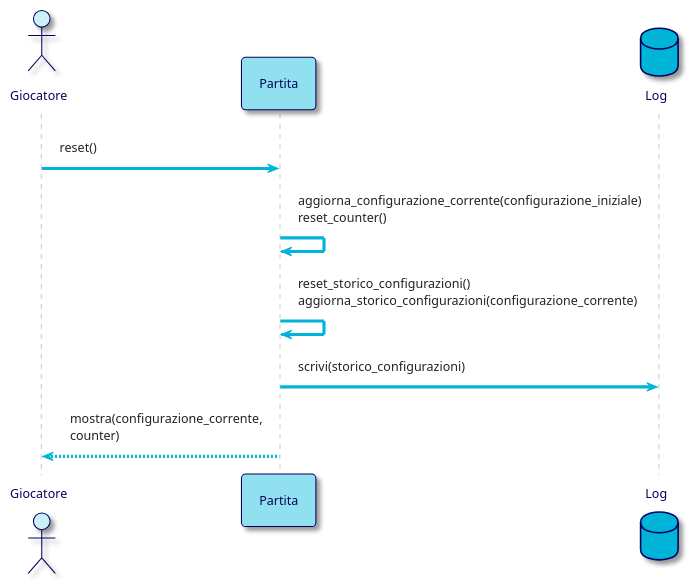
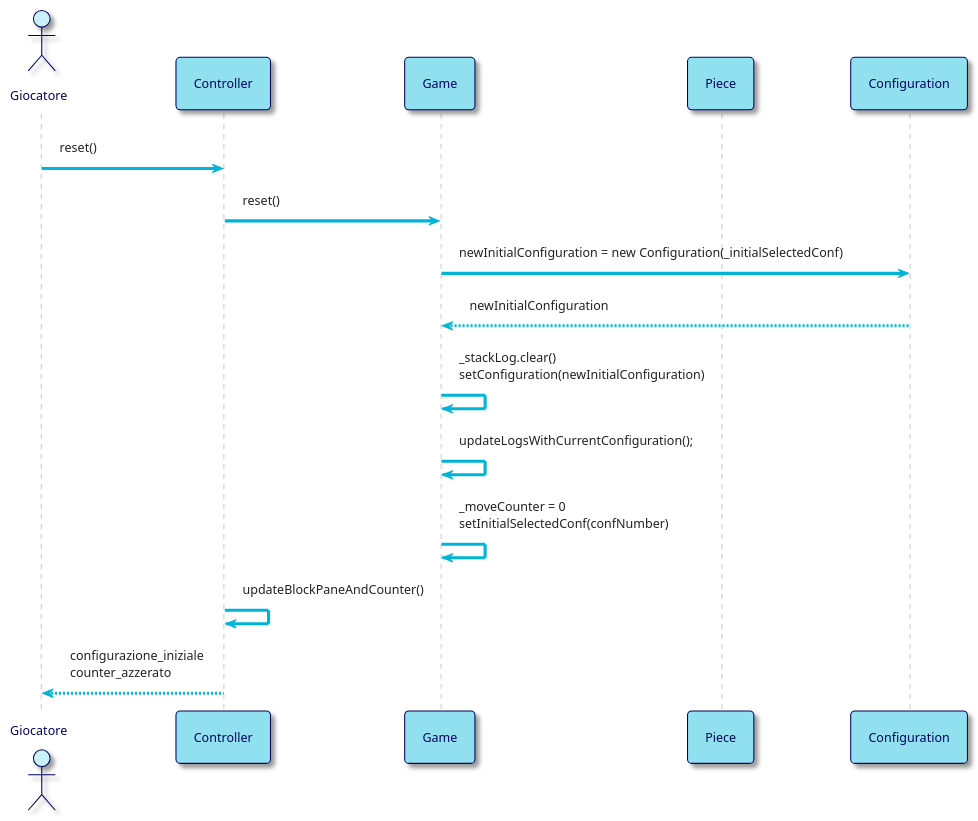
One commit to bellins14/klotski_gruppo2 changed the fifth of 6 diagrams in resources/Sequence_Diagrams.md. Above: the diagram before and after it, drawn with PlantUML. The commit also changed other lines of this file, not shown here.

````diff
--- a/resources/Sequence_Diagrams.md
+++ b/resources/Sequence_Diagrams.md
@@ -257,30 +257,35 @@
 ```plantuml
 @startuml
 !theme materia-outline
 
 skinparam ArrowColor #00B4D8
 skinparam ActorBorderColor #03045E
 skinparam ActorFontColor #03045E
 skinparam ActorBackgroundColor #CAF0F8
 skinparam ParticipantFontColor #03045E
 skinparam ParticipantBorderColor #03045E
 skinparam ParticipantBackgroundColor #90E0EF
 skinparam DatabaseBorderColor #03045E
 skinparam DatabaseBackgroundColor #00B4D8
 skinparam DatabaseFontColor #03045E
 skinparam BackgroundColor #FFFFFF
 
 actor Giocatore 
-participant Partita
-database Log
+participant Controller
+participant Game
+participant Piece
 
-Giocatore -> Partita: reset()
 
-Partita -> Partita: aggiorna_configurazione_corrente(configurazione_iniziale)\nreset_counter()
-Partita -> Partita: reset_storico_configurazioni() \naggiorna_storico_configurazioni(configurazione_corrente)
-Partita -> Log: scrivi(storico_configurazioni)
+Giocatore -> Controller: reset()
+Controller -> Game: reset()
 
-Partita --> Giocatore: mostra(configurazione_corrente,\ncounter)
+Game -> Configuration: newInitialConfiguration = new Configuration(_initialSelectedConf)
+Configuration --> Game: newInitialConfiguration
+Game -> Game: _stackLog.clear() \nsetConfiguration(newInitialConfiguration)
+Game -> Game: updateLogsWithCurrentConfiguration();
+Game -> Game: _moveCounter = 0 \nsetInitialSelectedConf(confNumber)
+Controller -> Controller: updateBlockPaneAndCounter()
+Controller --> Giocatore: configurazione_iniziale \ncounter_azzerato
 
 @enduml
 ```
````
